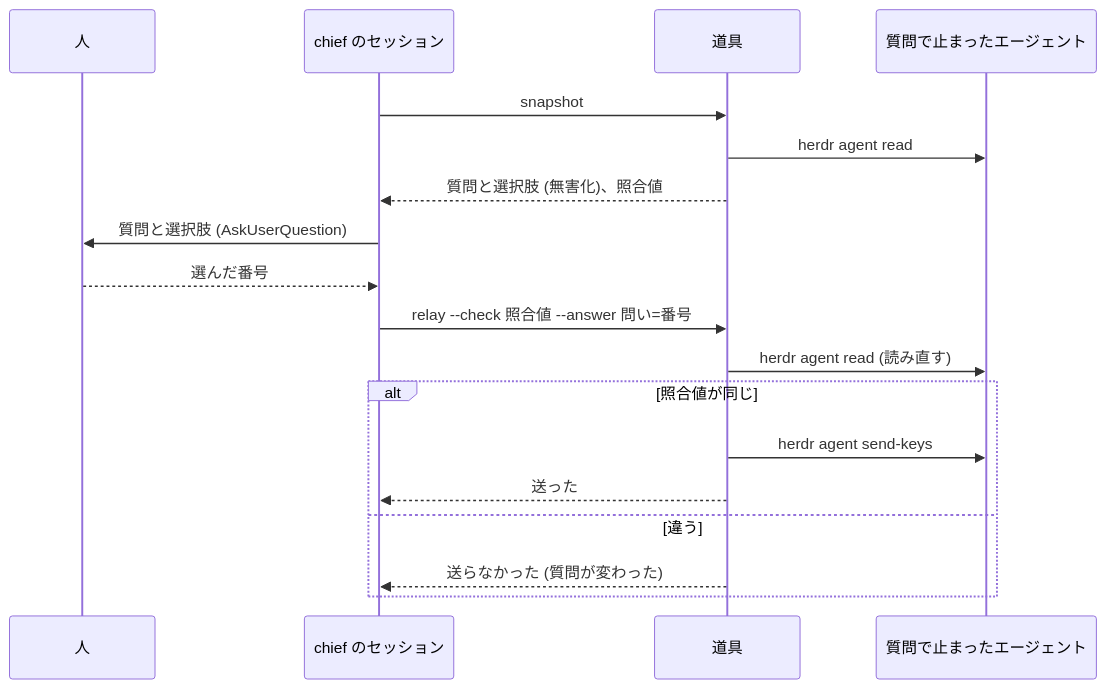
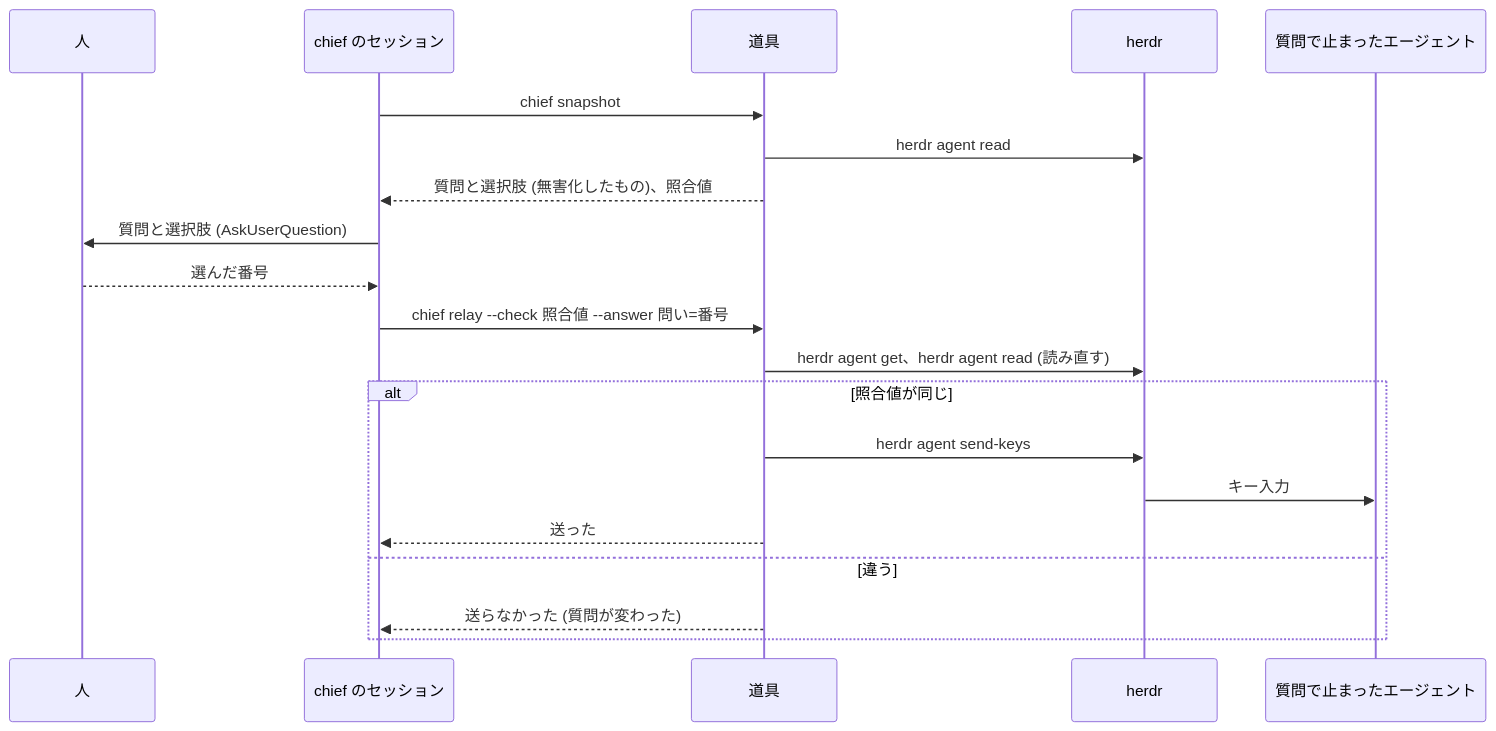
Before and after one commit to isseis/yt2column: the sixth of 6 diagrams in docs/tasks/0088_chief_of_staff/02_architecture.md, drawn with Mermaid. The commit also changed other lines of this file and 2 other files, not shown here.

````diff
--- a/docs/tasks/0088_chief_of_staff/02_architecture.md
+++ b/docs/tasks/0088_chief_of_staff/02_architecture.md
@@ -642,21 +886,23 @@
 ```mermaid
 sequenceDiagram
     participant H as 人
     participant S as chief のセッション
     participant T as 道具
+    participant HD as herdr
     participant P as 質問で止まったエージェント
 
-    S->>T: snapshot
-    T->>P: herdr agent read
-    T-->>S: 質問と選択肢 (無害化)、照合値
+    S->>T: chief snapshot
+    T->>HD: herdr agent read
+    T-->>S: 質問と選択肢 (無害化したもの)、照合値
     S->>H: 質問と選択肢 (AskUserQuestion)
     H-->>S: 選んだ番号
-    S->>T: relay --check 照合値 --answer 問い=番号
-    T->>P: herdr agent read (読み直す)
+    S->>T: chief relay --check 照合値 --answer 問い=番号
+    T->>HD: herdr agent get、herdr agent read (読み直す)
     alt 照合値が同じ
-        T->>P: herdr agent send-keys
+        T->>HD: herdr agent send-keys
+        HD->>P: キー入力
         T-->>S: 送った
     else 違う
         T-->>S: 送らなかった (質問が変わった)
     end
 ```
````
